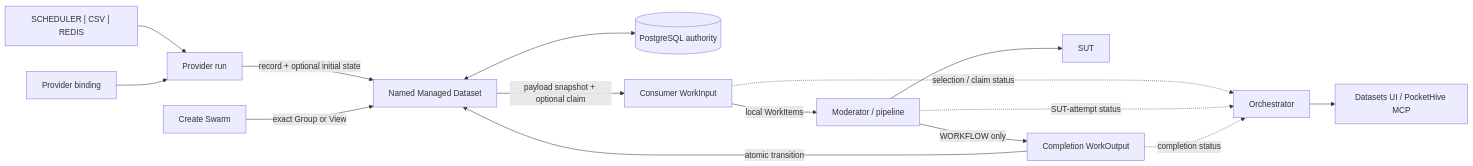
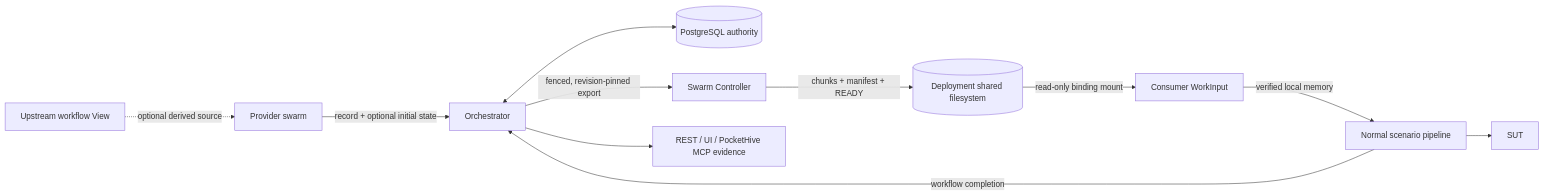
Before and after one commit to sepa79/PocketHive: the diagram in docs/inProgress/managed-datasets-team-design-overview.md, drawn with Mermaid. The commit also changed other lines of this file and 3 other files, not shown here.

````diff
--- a/docs/inProgress/managed-datasets-team-design-overview.md
+++ b/docs/inProgress/managed-datasets-team-design-overview.md
@@ -131,17 +129,13 @@
 ```mermaid
 flowchart LR
-  PS["SCHEDULER | CSV | REDIS"] --> P["Provider run"]
-  B["Provider binding"] --> P
-  P -->|"record + optional initial state"| D["Named Managed Dataset"]
-  D <--> PG[("PostgreSQL authority")]
-  CS["Create Swarm"] -->|"exact Group or View"| D
-  D -->|"payload snapshot + optional claim"| C["Consumer WorkInput"]
-  C -->|"local WorkItems"| M["Moderator / pipeline"]
-  M --> SUT["SUT"]
-  M -->|"WORKFLOW only"| W["Completion WorkOutput"]
-  W -->|"atomic transition"| D
-  C -.->|"selection / claim status"| O["Orchestrator"]
-  M -.->|"SUT-attempt status"| O
-  W -.->|"completion status"| O
-  O --> V["Datasets UI / PocketHive MCP"]
+  U[Upstream workflow View] -. optional derived source .-> P
+  P[Provider swarm] -->|record + optional initial state| O[Orchestrator]
+  O <--> PG[(PostgreSQL authority)]
+  O -->|fenced, revision-pinned export| SC[Swarm Controller]
+  SC -->|chunks + manifest + READY| FS[(Deployment shared filesystem)]
+  FS -->|read-only binding mount| WI[Consumer WorkInput]
+  WI -->|verified local memory| S[Normal scenario pipeline]
+  S --> SUT[SUT]
+  S -->|workflow completion| O
+  O --> E[REST / UI / PocketHive MCP evidence]
 ```
````
